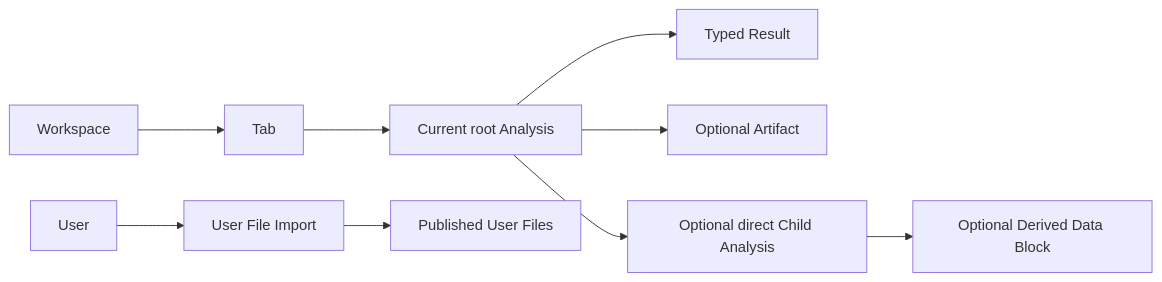
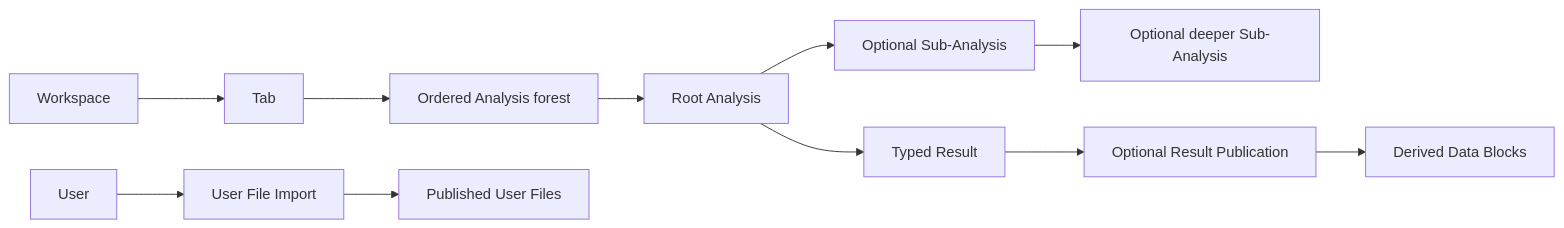
One commit to Australian-Text-Analytics-Platform/ldaca_web_app changed the diagram in docs/domain/analyses-and-imports.md. Above: the diagram before and after it, drawn with Mermaid. The commit also changed other lines of this file and 26 other files, not shown here.

Commit message:
docs: record tab-owned analysis result lifecycle

````diff
--- a/docs/domain/analyses-and-imports.md
+++ b/docs/domain/analyses-and-imports.md
@@ -8,12 +8,14 @@
 ```mermaid
 flowchart LR
     WORKSPACE["Workspace"] --> TAB["Tab"]
-    TAB --> ROOT["Current root Analysis"]
+    TAB --> FOREST["Ordered Analysis forest"]
+    FOREST --> ROOT["Root Analysis"]
+    ROOT --> SUB["Optional Sub-Analysis"]
+    SUB --> DEEP["Optional deeper Sub-Analysis"]
     ROOT --> RESULT["Typed Result"]
-    ROOT --> ARTIFACT["Optional Artifact"]
-    ROOT --> CHILD["Optional direct Child Analysis"]
-    CHILD --> DERIVED["Optional Derived Data Block"]
+    RESULT --> PUBLICATION["Optional Result Publication"]
+    PUBLICATION --> OUTPUTS["Derived Data Blocks"]
 
     USER["User"] --> IMPORT["User File Import"]
     IMPORT --> FILES["Published User Files"]
 ```
````
